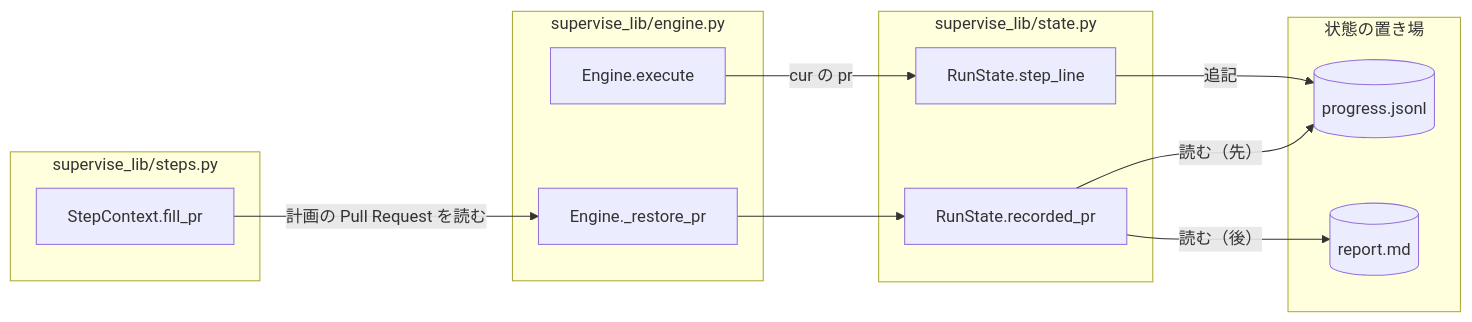
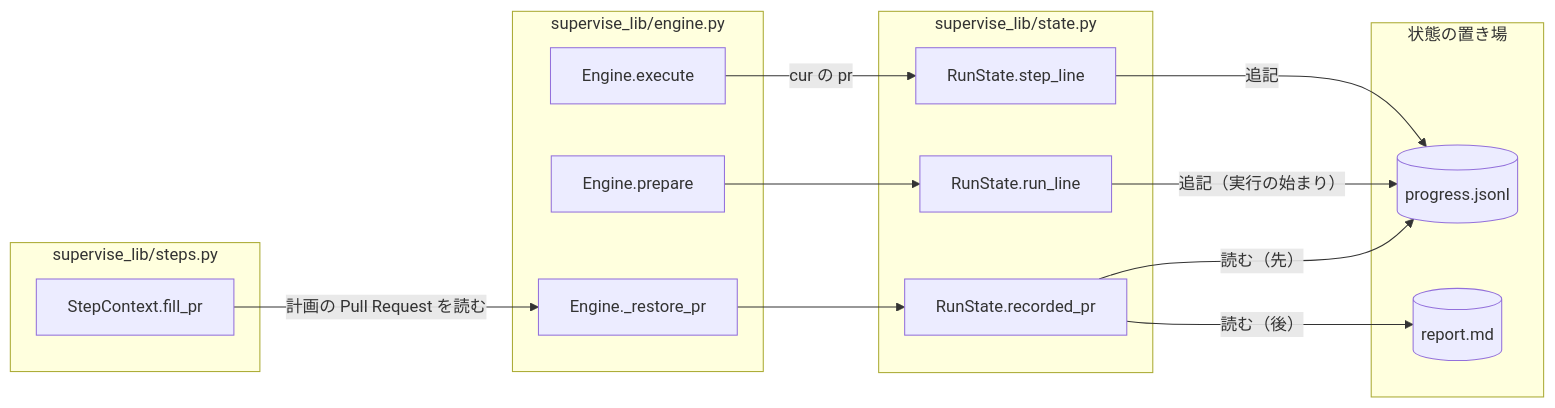
One commit to devbasex/ai-plugins changed the first of 3 diagrams in issues/issue-1296-design.md. Above: the diagram before and after it, drawn with Mermaid. The commit also changed other lines of this file, not shown here.

````diff
--- a/issues/issue-1296-design.md
+++ b/issues/issue-1296-design.md
@@ -92,24 +96,28 @@
 ```mermaid
 graph LR
     subgraph engine["supervise_lib/engine.py"]
         EX["Engine.execute"]
         RP["Engine._restore_pr"]
+        PR["Engine.prepare"]
     end
     subgraph state["supervise_lib/state.py"]
         SL["RunState.step_line"]
         RC["RunState.recorded_pr"]
+        RL["RunState.run_line"]
     end
     subgraph steps["supervise_lib/steps.py"]
         FP["StepContext.fill_pr"]
     end
     subgraph dir["状態の置き場"]
         PJ[("progress.jsonl")]
         RM[("report.md")]
     end
     EX -->|"cur の pr"| SL
     SL -->|"追記"| PJ
+    PR --> RL
+    RL -->|"追記（実行の始まり）"| PJ
     RP --> RC
     RC -->|"読む（先）"| PJ
     RC -->|"読む（後）"| RM
     FP -->|"計画の Pull Request を読む"| RP
 ```
````
